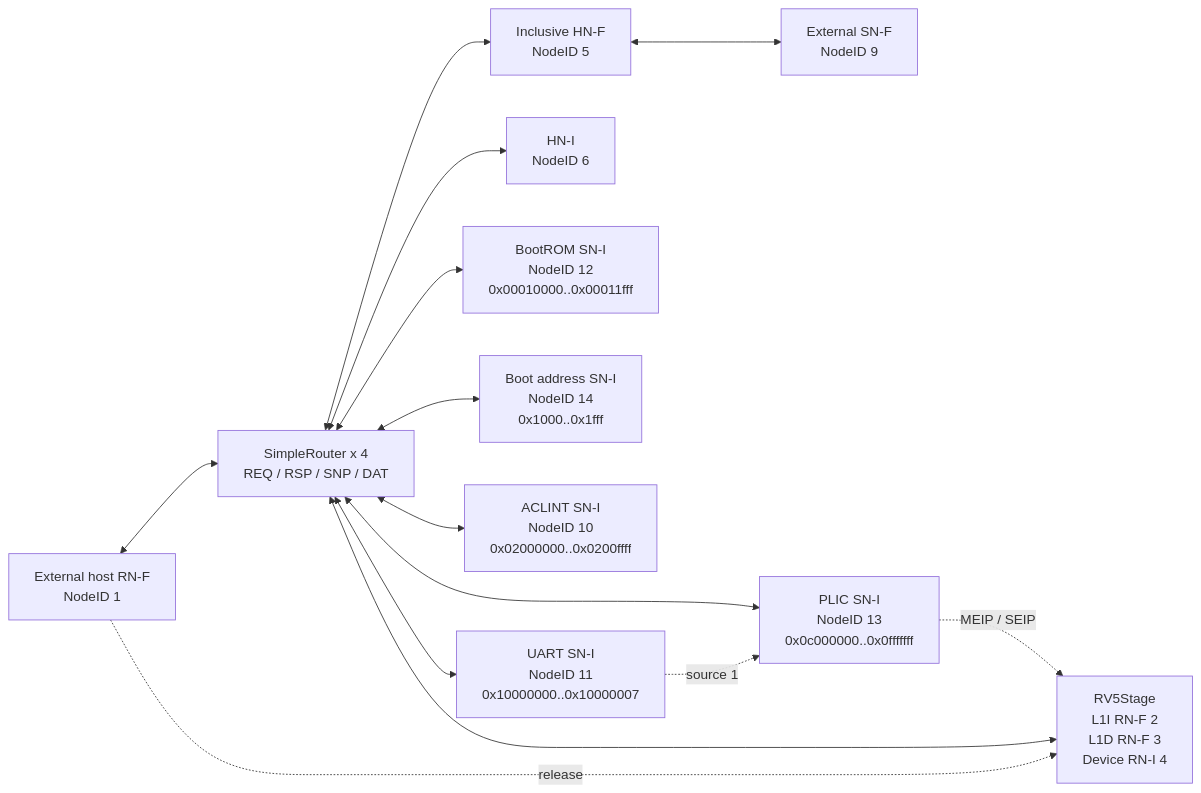
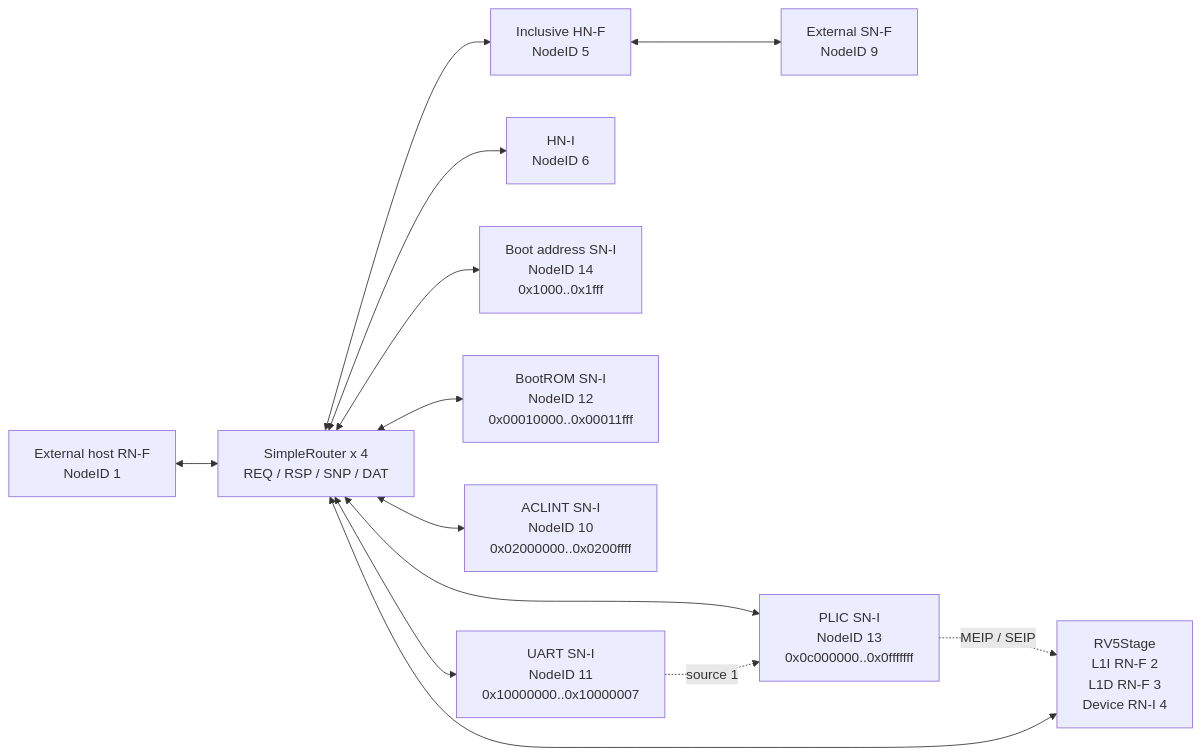
The first of 2 diagrams in socs/README.md (jerryz123/rhodium), drawn with Mermaid before and after one commit. The commit also changed other lines of this file and 48 other files, not shown here.

````diff
--- a/socs/README.md
+++ b/socs/README.md
@@ -153,28 +154,27 @@
 ```mermaid
 flowchart LR
   Host["External host RN-F<br/>NodeID 1"]
   Core["RV5Stage<br/>L1I RN-F 2<br/>L1D RN-F 3<br/>Device RN-I 4"]
   Fabric["SimpleRouter x 4<br/>REQ / RSP / SNP / DAT"]
   MemoryHome["Inclusive HN-F<br/>NodeID 5"]
   ExternalMemory["External SN-F<br/>NodeID 9"]
   DeviceHome["HN-I<br/>NodeID 6"]
   BootAddress["Boot address SN-I<br/>NodeID 14<br/>0x1000..0x1fff"]
   BootROM["BootROM SN-I<br/>NodeID 12<br/>0x00010000..0x00011fff"]
   ACLINT["ACLINT SN-I<br/>NodeID 10<br/>0x02000000..0x0200ffff"]
   PLIC["PLIC SN-I<br/>NodeID 13<br/>0x0c000000..0x0fffffff"]
   UART["UART SN-I<br/>NodeID 11<br/>0x10000000..0x10000007"]
 
   Host <--> Fabric
   Core <--> Fabric
   Fabric <--> MemoryHome
   MemoryHome <--> ExternalMemory
   Fabric <--> DeviceHome
   Fabric <--> BootROM
   Fabric <--> BootAddress
   Fabric <--> ACLINT
   Fabric <--> PLIC
   Fabric <--> UART
   UART -. source 1 .-> PLIC
   PLIC -. MEIP / SEIP .-> Core
-  Host -. release .-> Core
 ```
````
